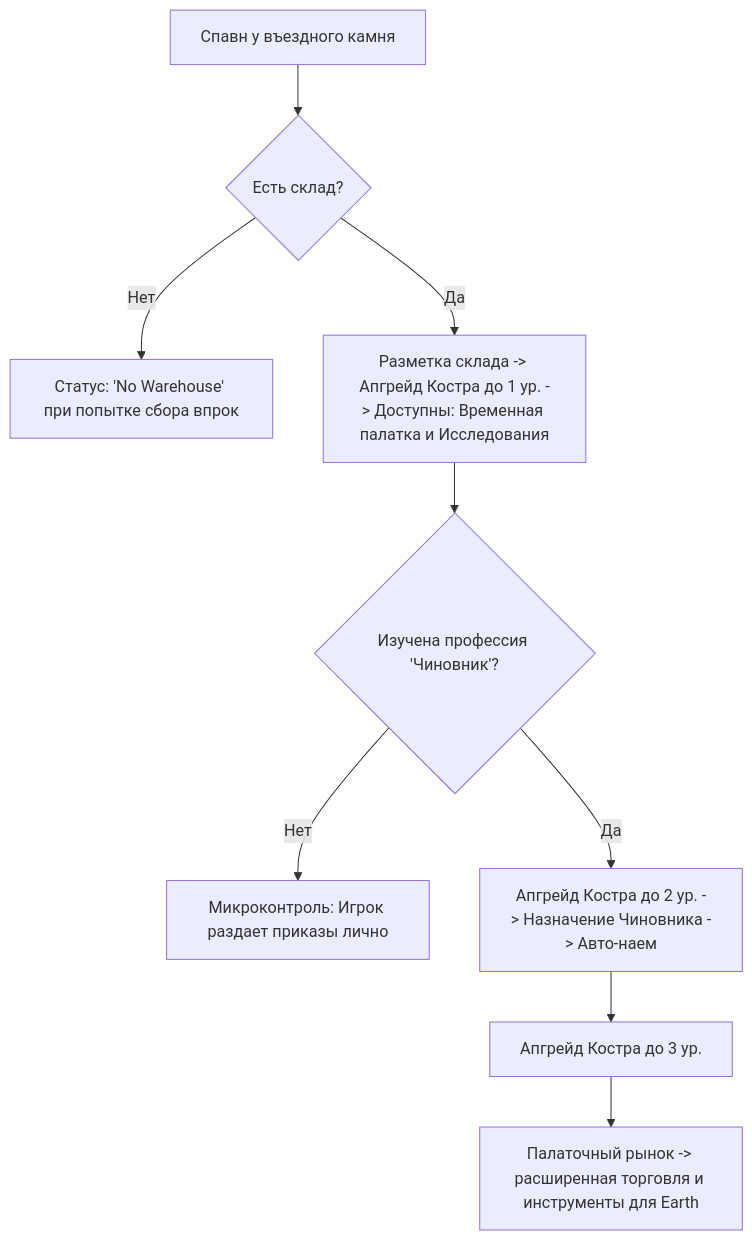
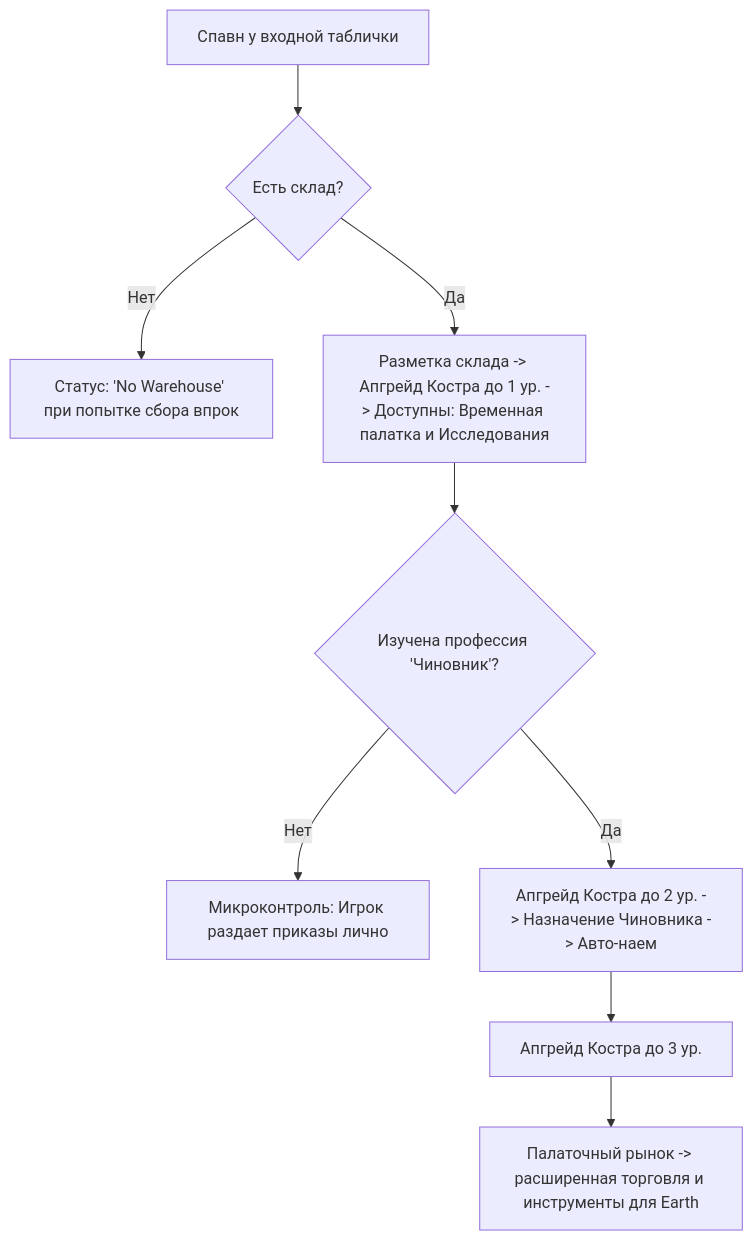
Before and after one commit to bozonx/go-to-happyness: the diagram in design_docs/tent_era_survival.md, drawn with Mermaid. The commit also changed other lines of this file and 9 other files, not shown here.

````diff
--- a/design_docs/tent_era_survival.md
+++ b/design_docs/tent_era_survival.md
@@ -65,11 +65,11 @@
 ```mermaid
 graph TD
-    Spawn[Спавн у въездного камня] --> NoWarehouse{Есть склад?}
+    Spawn[Спавн у входной таблички] --> NoWarehouse{Есть склад?}
     NoWarehouse -- Нет --> StatusNoWarehouse[Статус: 'No Warehouse' при попытке сбора впрок]
     NoWarehouse -- Да --> BuildCampfire1[Разметка склада -> Апгрейд Костра до 1 ур. -> Доступны: Временная палатка и Исследования]
     BuildCampfire1 --> ResearchOfficial{Изучена профессия 'Чиновник'?}
     ResearchOfficial -- Нет --> MicroManagement[Микроконтроль: Игрок раздает приказы лично]
     ResearchOfficial -- Да --> UpgradeCampfire2[Апгрейд Костра до 2 ур. -> Назначение Чиновника -> Авто-наем]
     UpgradeCampfire2 --> UpgradeCampfire3[Апгрейд Костра до 3 ур.]
     UpgradeCampfire3 --> TentMarket[Палаточный рынок -> расширенная торговля и инструменты для Earth]
 ```
````
